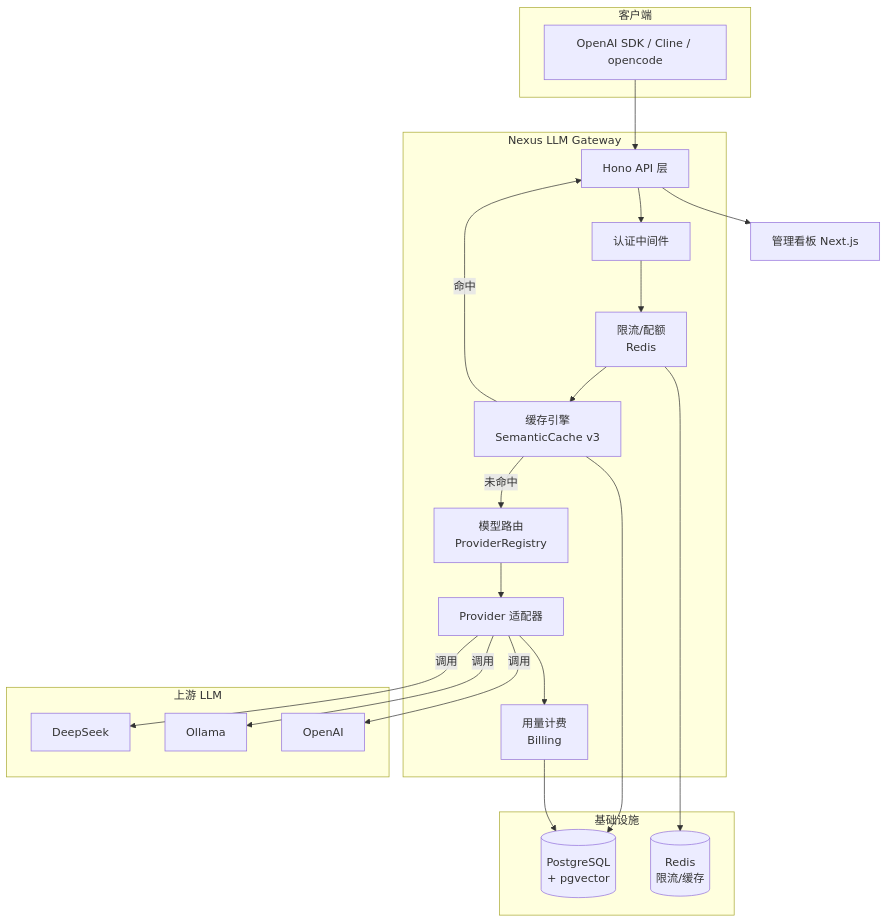
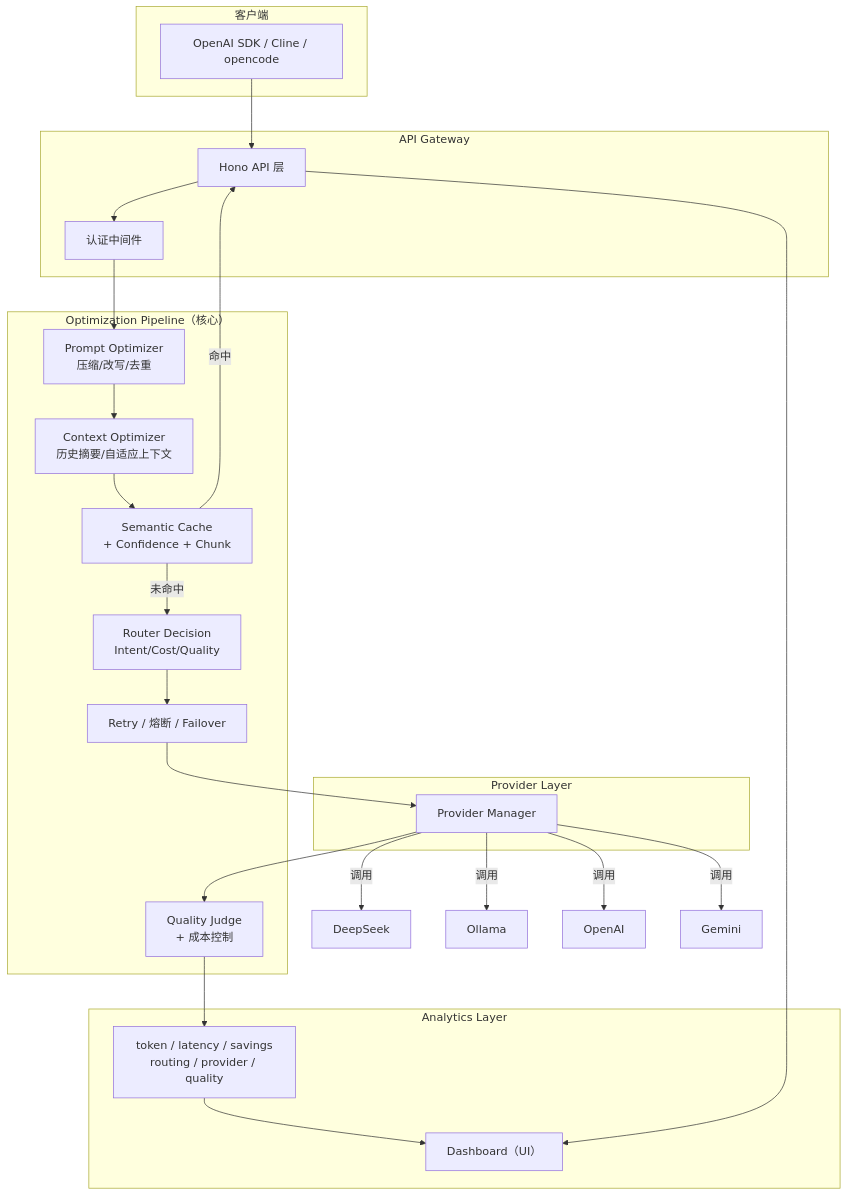
The first of 2 diagrams in README.md (zhichengYellow/nexus-llm-gateway), drawn with Mermaid before and after one commit. The commit also changed other lines of this file, not shown here.

````diff
--- a/README.md
+++ b/README.md
@@ -36,40 +64,44 @@
 ```mermaid
 flowchart TB
     subgraph Client["客户端"]
         OAI["OpenAI SDK / Cline / opencode"]
     end
 
-    subgraph Gateway["Nexus LLM Gateway"]
+    subgraph Gateway["API Gateway"]
         API["Hono API 层"]
         AUTH["认证中间件"]
-        RL["限流/配额<br/>Redis"]
-        CACHE["缓存引擎<br/>SemanticCache v3"]
-        ROUTE["模型路由<br/>ProviderRegistry"]
-        PROVIDER["Provider 适配器"]
-        BILL["用量计费<br/>Billing"]
     end
 
-    subgraph Infra["基础设施"]
-        PG[("PostgreSQL<br/>+ pgvector")]
-        REDIS[("Redis<br/>限流/缓存")]
+    subgraph Optimizer["Optimization Pipeline（核心）"]
+        PROMPT["Prompt Optimizer<br/>压缩/改写/去重"]
+        CONTEXT["Context Optimizer<br/>历史摘要/自适应上下文"]
+        CACHE["Semantic Cache<br/>+ Confidence + Chunk"]
+        ROUTER["Router Decision<br/>Intent/Cost/Quality"]
+        RETRY["Retry / 熔断 / Failover"]
+        JUDGE["Quality Judge<br/>+ 成本控制"]
     end
 
-    subgraph Upstream["上游 LLM"]
-        DS["DeepSeek"]
-        OLL["Ollama"]
-        GPT["OpenAI"]
+    subgraph Provider["Provider Layer"]
+        PROV["Provider Manager"]
+    end
+
+    subgraph Analytics["Analytics Layer"]
+        STATS["token / latency / savings<br/>routing / provider / quality"]
+        DASH["Dashboard（UI）"]
     end
 
     OAI --> API
-    API --> AUTH --> RL
-    RL --> CACHE
+    API --> AUTH
+    AUTH --> PROMPT
+    PROMPT --> CONTEXT
+    CONTEXT --> CACHE
     CACHE -->|命中| API
-    CACHE -->|未命中| ROUTE
-    ROUTE --> PROVIDER
-    PROVIDER -->|调用| DS & OLL & GPT
-    PROVIDER --> BILL
-    CACHE --> PG
-    RL --> REDIS
-    BILL --> PG
-    API --> DASH["管理看板 Next.js"]
+    CACHE -->|未命中| ROUTER
+    ROUTER --> RETRY
+    RETRY --> PROV
+    PROV -->|调用| DS["DeepSeek"] & OLL["Ollama"] & GPT["OpenAI"] & GM["Gemini"]
+    PROV --> JUDGE
+    JUDGE --> STATS
+    STATS --> DASH
+    API --> DASH
 ```
````
